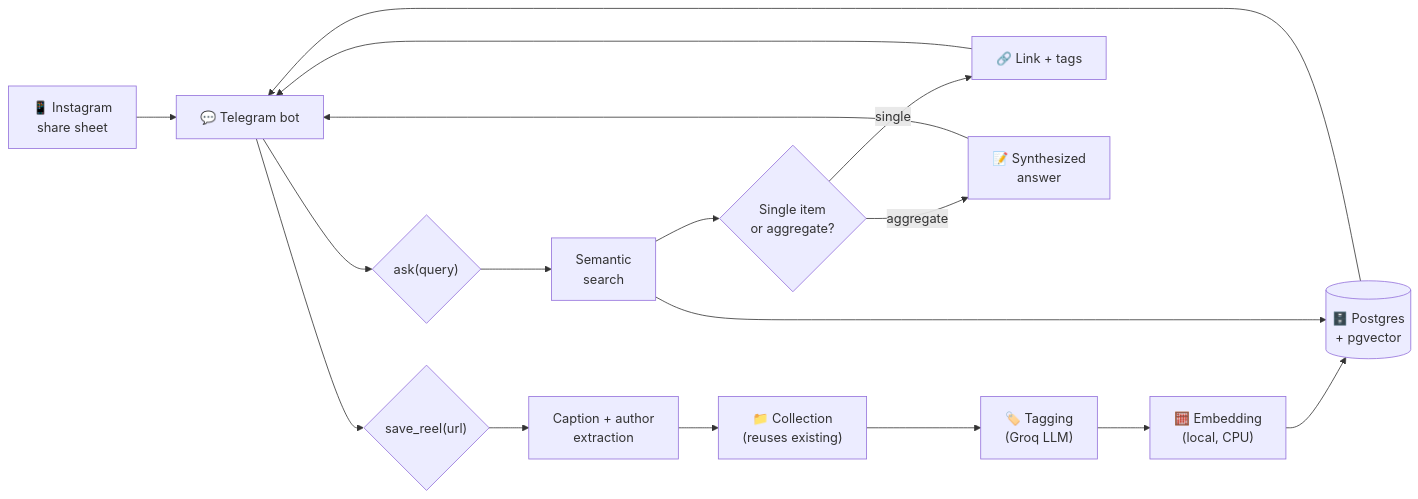
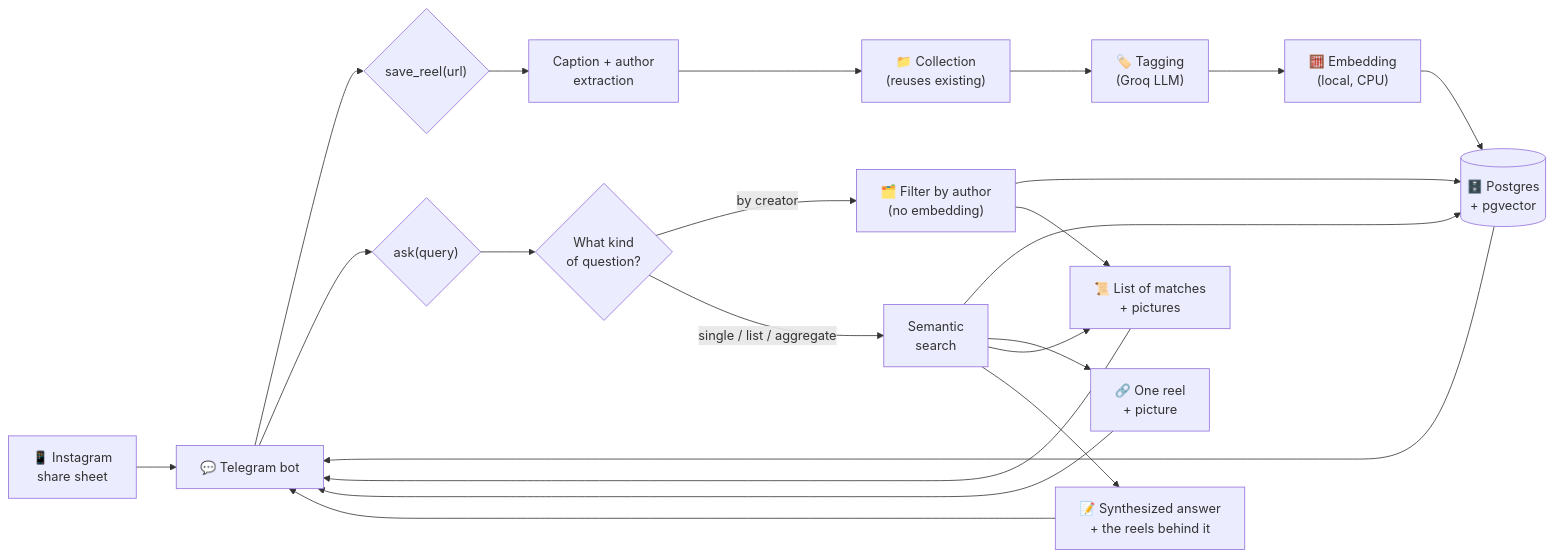
One commit to georgeousai/Content_retreiver changed the diagram in README.md. Above: the diagram before and after it, drawn with Mermaid. The commit also changed other lines of this file and 10 other files, not shown here.

````diff
--- a/README.md
+++ b/README.md
@@ -23,21 +23,26 @@
 ```mermaid
 flowchart LR
     A["📱 Instagram<br/>share sheet"] --> B["💬 Telegram bot"]
     B --> C{"save_reel(url)"}
 
     C --> D["Caption + author<br/>extraction"]
     D --> D2["📁 Collection<br/>(reuses existing)"]
     D2 --> E["🏷️ Tagging<br/>(Groq LLM)"]
     E --> F["🧮 Embedding<br/>(local, CPU)"]
     F --> G[("🗄️ Postgres<br/>+ pgvector")]
     G --> B
 
     B --> H{"ask(query)"}
-    H --> I["Semantic<br/>search"]
+    H --> J{"What kind<br/>of question?"}
+    J -->|by creator| M["🗂️ Filter by author<br/>(no embedding)"]
+    J -->|single / list / aggregate| I["Semantic<br/>search"]
     I --> G
-    I --> J{"Single item<br/>or aggregate?"}
-    J -->|single| K["🔗 Link + tags"]
-    J -->|aggregate| L["📝 Synthesized<br/>answer"]
+    M --> G
+    I --> K["🔗 One reel<br/>+ picture"]
+    I --> N["📜 List of matches<br/>+ pictures"]
+    I --> L["📝 Synthesized answer<br/>+ the reels behind it"]
+    M --> N
     K --> B
+    N --> B
     L --> B
 ```
````
